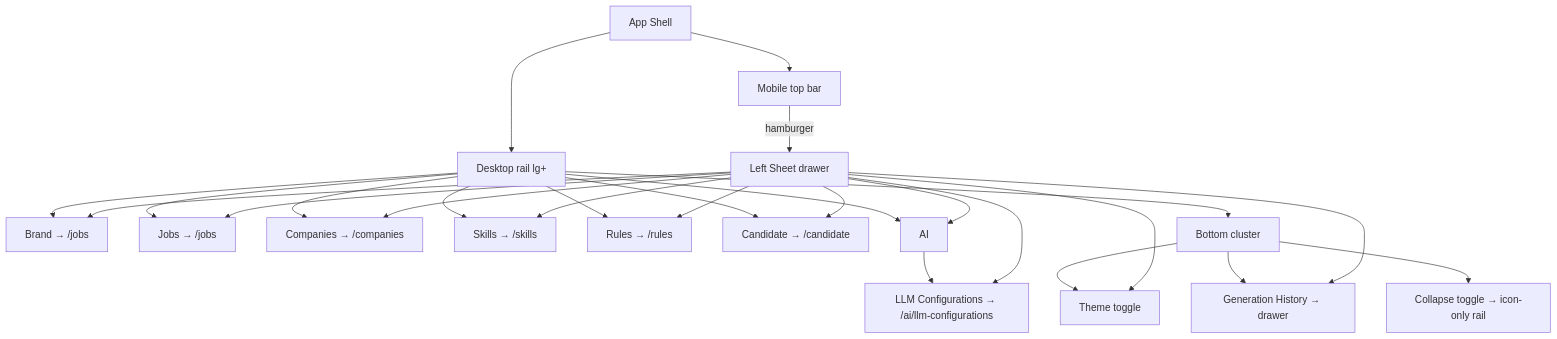
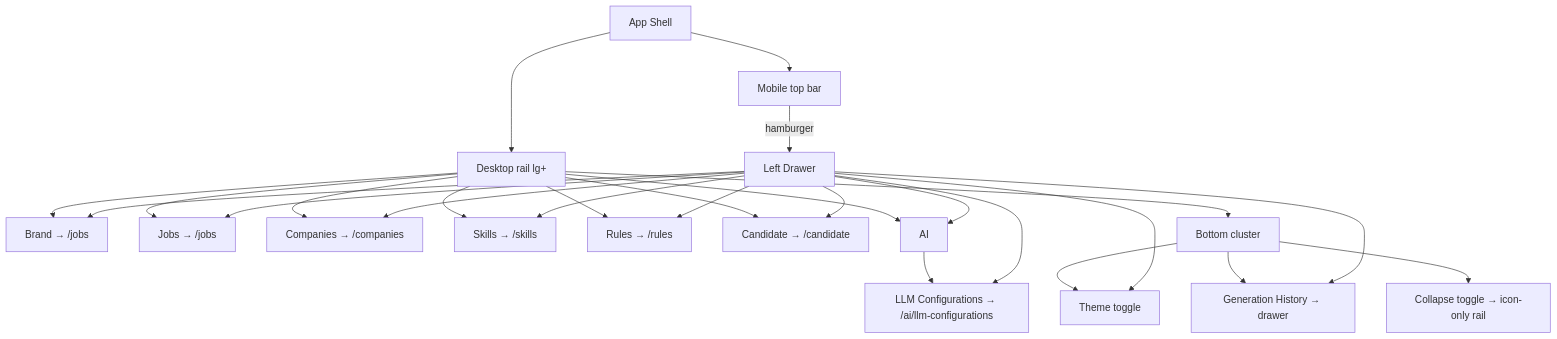
One commit to hassan-mohagheghian/career-os changed the diagram in docs/ux/app-shell.md. Above: the diagram before and after it, drawn with Mermaid. The commit also changed other lines of this file and 42 other files, not shown here.

````diff
--- a/docs/ux/app-shell.md
+++ b/docs/ux/app-shell.md
@@ -86,28 +86,28 @@
 ```mermaid
 flowchart TD
     A[App Shell] --> B[Desktop rail lg+]
     A --> C[Mobile top bar <lg]
-    C -->|hamburger| D[Left Sheet drawer]
+    C -->|hamburger| D[Left Drawer]
     B --> E[Brand → /jobs]
     B --> F[Jobs → /jobs]
     B --> G[Companies → /companies]
     B --> H[Skills → /skills]
     B --> J[Rules → /rules]
     B --> I[Candidate → /candidate]
     B --> K[AI]
     K --> L[LLM Configurations → /ai/llm-configurations]
     B --> M[Bottom cluster]
     M --> M1[Theme toggle]
     M --> M2[Generation History → drawer]
     M --> M3[Collapse toggle → icon-only rail]
     D --> E
     D --> F
     D --> G
     D --> H
     D --> I
     D --> J
     D --> K
     D --> L
     D --> M1
     D --> M2
 ```
````
